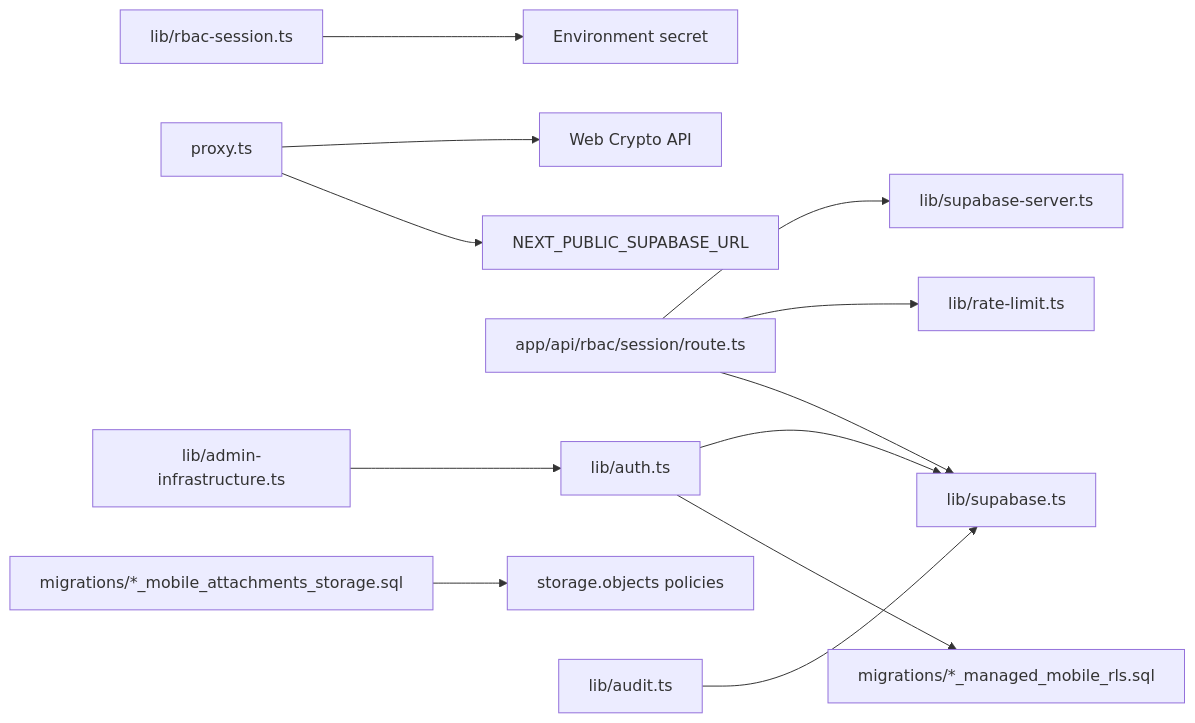
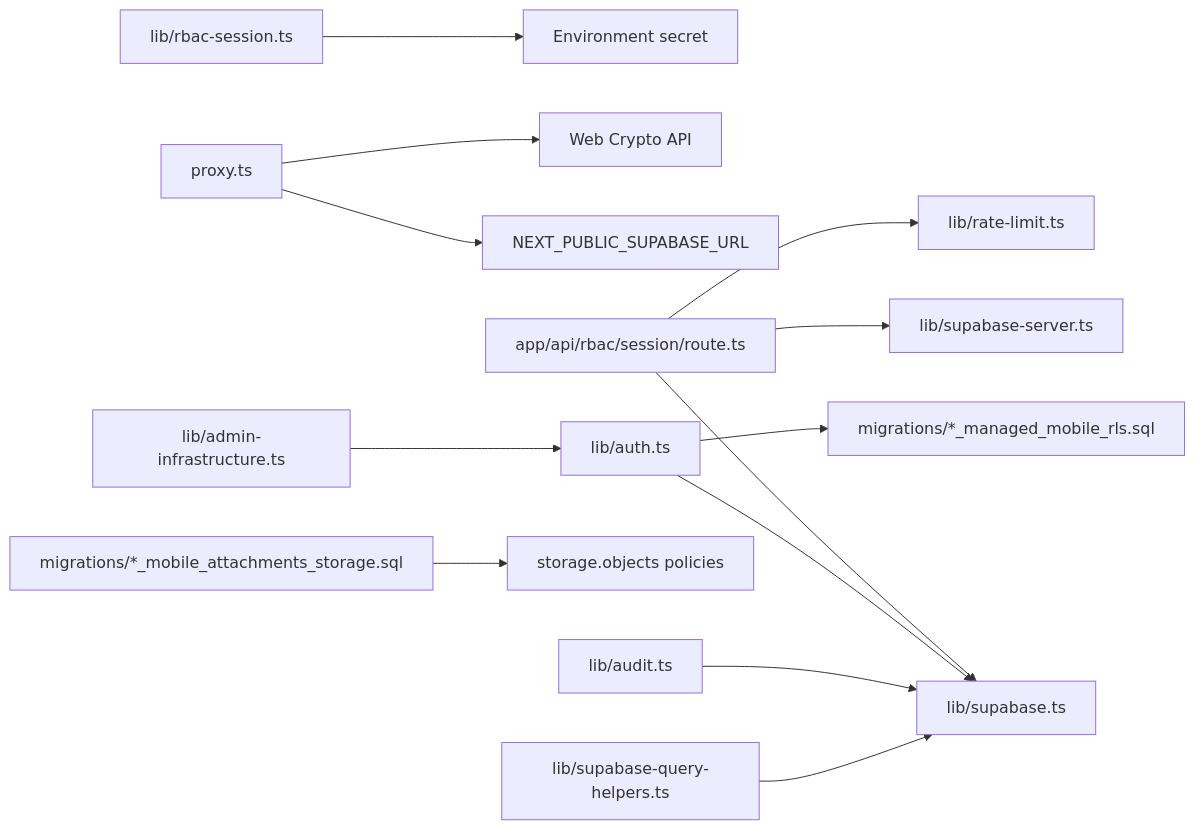
The tenth of 10 diagrams in .qoder/repowiki/en/content/Security Implementation/Security Implementation.md (mustafaalkusaj/appschoolmustafa2002), drawn with Mermaid before and after one commit. The commit also changed other lines of this file and 8 other files, not shown here.

````diff
--- a/.qoder/repowiki/en/content/Security Implementation/Security Implementation.md
+++ b/.qoder/repowiki/en/content/Security Implementation/Security Implementation.md
@@ -473,14 +527,15 @@
 ```mermaid
 graph LR
 RBACSession["lib/rbac-session.ts"] --> Secret["Environment secret"]
 Proxy["proxy.ts"] --> Crypto["Web Crypto API"]
 Proxy --> SupabaseURL["NEXT_PUBLIC_SUPABASE_URL"]
 RBACRoute["app/api/rbac/session/route.ts"] --> SupaServer["lib/supabase-server.ts"]
 RBACRoute --> RateLimit["lib/rate-limit.ts"]
 RBACRoute --> SupaBrowser["lib/supabase.ts"]
 AuthLib["lib/auth.ts"] --> SupaBrowser
 AuthLib --> RLS["migrations/*_managed_mobile_rls.sql"]
 StorageRLS["migrations/*_mobile_attachments_storage.sql"] --> StoragePolicy["storage.objects policies"]
 Audit["lib/audit.ts"] --> SupaBrowser
 AdminInfra["lib/admin-infrastructure.ts"] --> AuthLib
+QueryHelpers["lib/supabase-query-helpers.ts"] --> SupaBrowser
 ```
````
